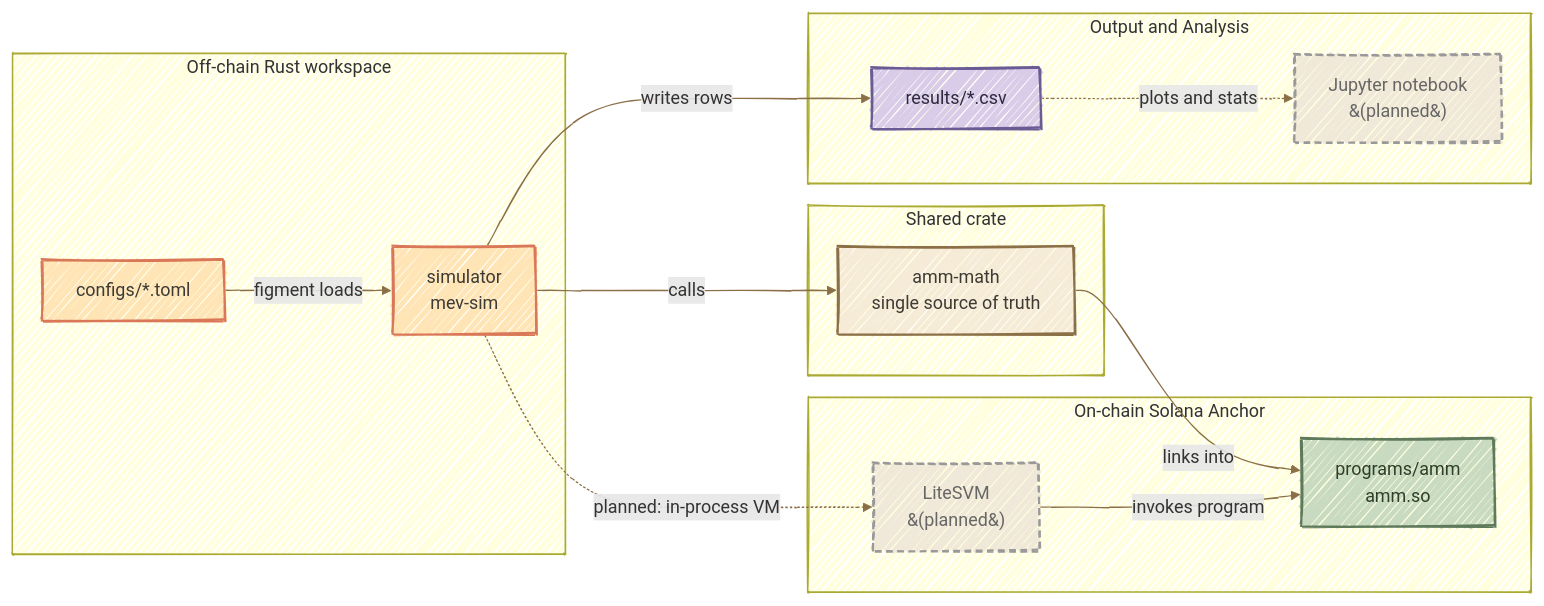
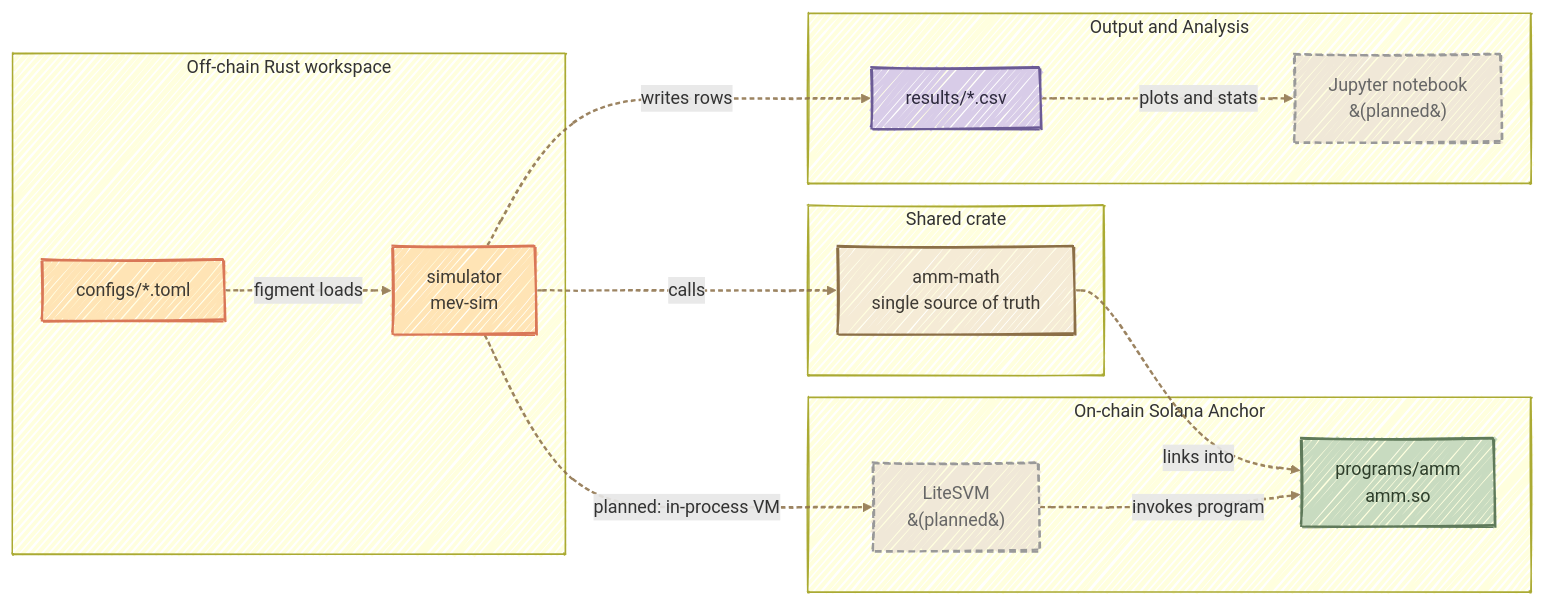
Before and after one commit to corey888773/solana-amm-attacks-analysis: the first of 2 diagrams in README.md, drawn with Mermaid. The commit also changed other lines of this file, not shown here.

Commit message:
docs(readme): hand-drawn link styling for Mermaid diagrams
Apply linkStyle defaults across both architecture and sandwich-flow
diagrams to keep edges visually consistent with the existing
hand-drawn node theme.

````diff
--- a/README.md
+++ b/README.md
@@ -17,48 +17,51 @@
 ```mermaid
 %%{init: {
   "look": "handDrawn",
   "themeVariables": {
     "fontFamily": "Comic Sans MS, Comic Sans, cursive",
     "background": "#FFF8E7",
     "primaryColor": "#FFF1CC",
     "primaryBorderColor": "#D97757",
     "primaryTextColor": "#3E3A34",
     "lineColor": "#8B6F47",
     "secondaryColor": "#E8D5B7",
     "tertiaryColor": "#F5EBD6"
   }
 }}%%
 flowchart LR
     subgraph OFFCHAIN["Off-chain Rust workspace"]
         cfg["configs/*.toml"]:::offchain
         sim["simulator<br/>mev-sim"]:::offchain
     end
 
     subgraph SHARED["Shared crate"]
         math["amm-math<br/>single source of truth"]:::shared
     end
 
     subgraph ONCHAIN["On-chain Solana Anchor"]
         prog["programs/amm<br/>amm.so"]:::onchain
         svm["LiteSVM<br/>&#40;planned&#41;"]:::planned
     end
 
     subgraph OUTPUT["Output and Analysis"]
         csv["results/*.csv"]:::output
         nb["Jupyter notebook<br/>&#40;planned&#41;"]:::planned
     end
 
     cfg -->|figment loads| sim
     sim -->|calls| math
     math -->|links into| prog
     sim -.->|planned: in-process VM| svm
     svm -->|invokes program| prog
     sim -->|writes rows| csv
     csv -.->|plots and stats| nb
 
+    %% Link styling (hand-drawn-ish)
+    linkStyle default stroke:#8B6F47,stroke-width:2px,opacity:0.85,stroke-dasharray:4 3;
+
     classDef offchain fill:#FFE4B5,stroke:#D97757,stroke-width:2px,color:#3E3A34;
     classDef shared fill:#F5EBD6,stroke:#8B6F47,stroke-width:2px,color:#3E3A34;
     classDef onchain fill:#C8DBC0,stroke:#5F7A5A,stroke-width:2px,color:#2E3E2A;
     classDef output fill:#D8CCE8,stroke:#6B5B95,stroke-width:2px,color:#2E2A3E;
     classDef planned fill:#F0E8D8,stroke:#999,stroke-width:2px,stroke-dasharray:6 4,color:#666;
 ```
````
